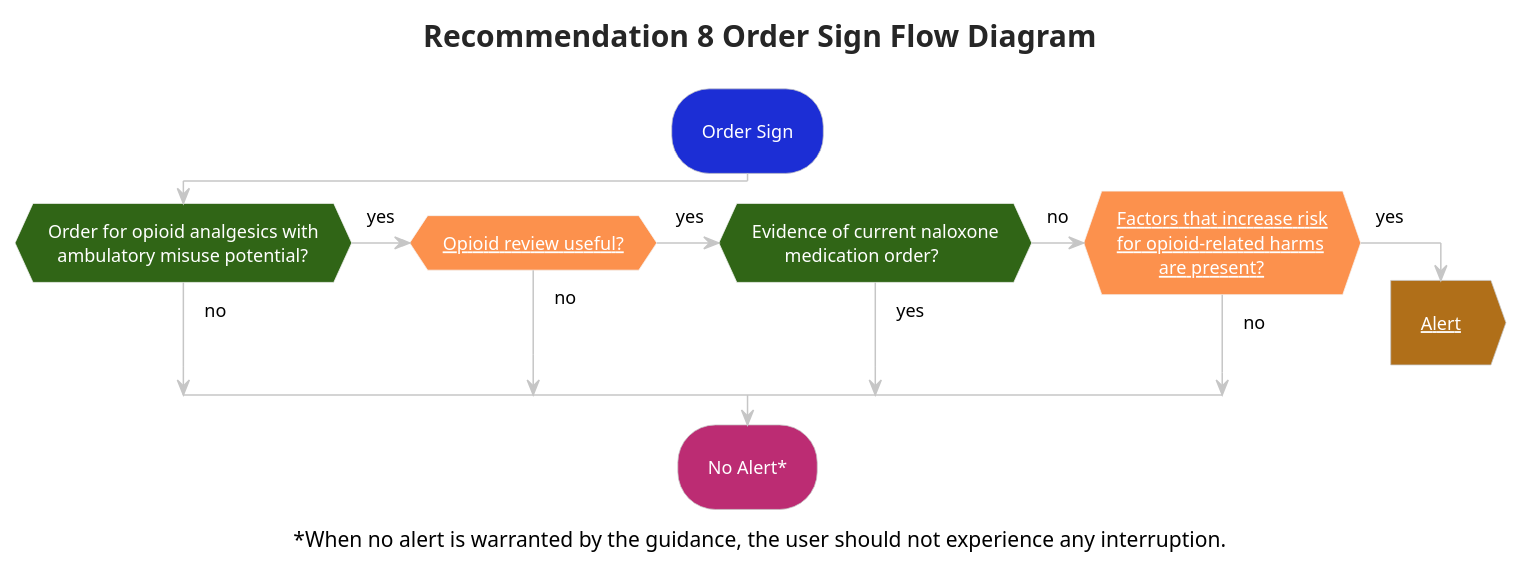
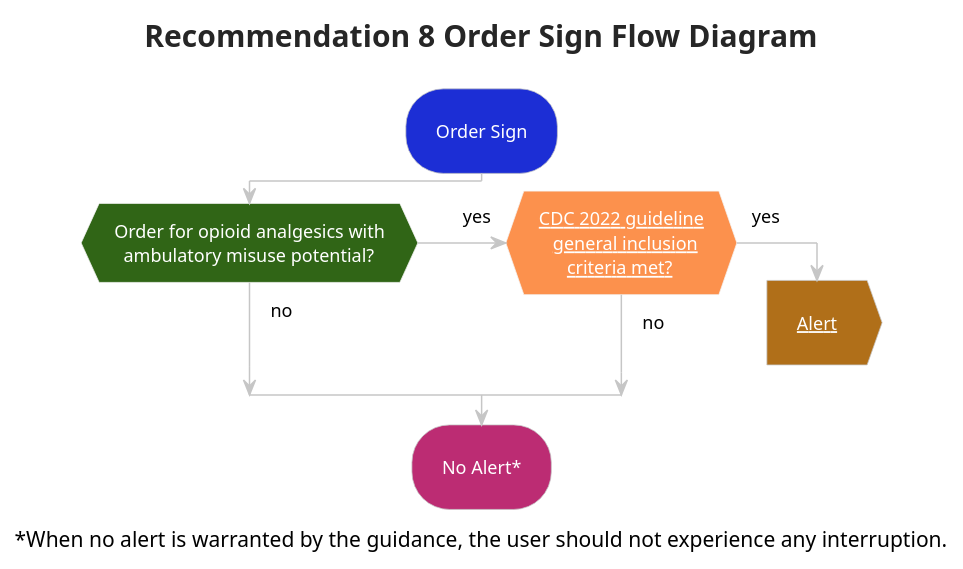
Before and after one commit to cqframework/opioid-cds-r4: the diagram in input/images-source/flow_rec08_ordersign.plantuml, drawn with PlantUML. The commit also changed 87 other files, not shown here.

```diff
--- a/input/images-source/flow_rec08_ordersign.plantuml
+++ b/input/images-source/flow_rec08_ordersign.plantuml
@@ -1,28 +1,26 @@
 @startuml flow_rec08_ordersign
 !theme carbon-gray
 skinparam hyperlinkColor white
 <style>
 activityDiagram {
  FontColor white
  RoundCorner 50
  arrow {
   FontColor: Black
  }
  diamond {
   BackgroundColor #fc914d
  }
 }
 </style>
 title Recommendation 8 Order Sign Flow Diagram
 #1C2ED5:Order Sign; 
 #306516:if (Order for opioid analgesics with\n  ambulatory misuse potential?) then (no)
-(yes) elseif ([[subroutines.html#opioid-review-useful Opioid review useful?]]) then (no)
-#306516:(yes) elseif (Evidence of current naloxone\n       medication order?) then (yes)
-(no) elseif ([[subroutines.html#recommendation-8-factors-that-increase-risk-for-opioid-related-harms Factors that increase risk\nfor opioid-related harms\n         are present?]]) then (no)
+(yes) elseif ([[subroutines.html#cdc-2022-general-inclusion-criteria CDC 2022 guideline\n   general inclusion\n      criteria met?]]) then (no)
 else (yes) 
 #b06f19:[[user-interaction-alerts.html#recommendation-8-alert Alert]];<<output>>
 kill
 endif
 #BC2C73:No Alert*;
 caption ~*When no alert is warranted by the guidance, the user should not experience any interruption.
 @enduml
```
